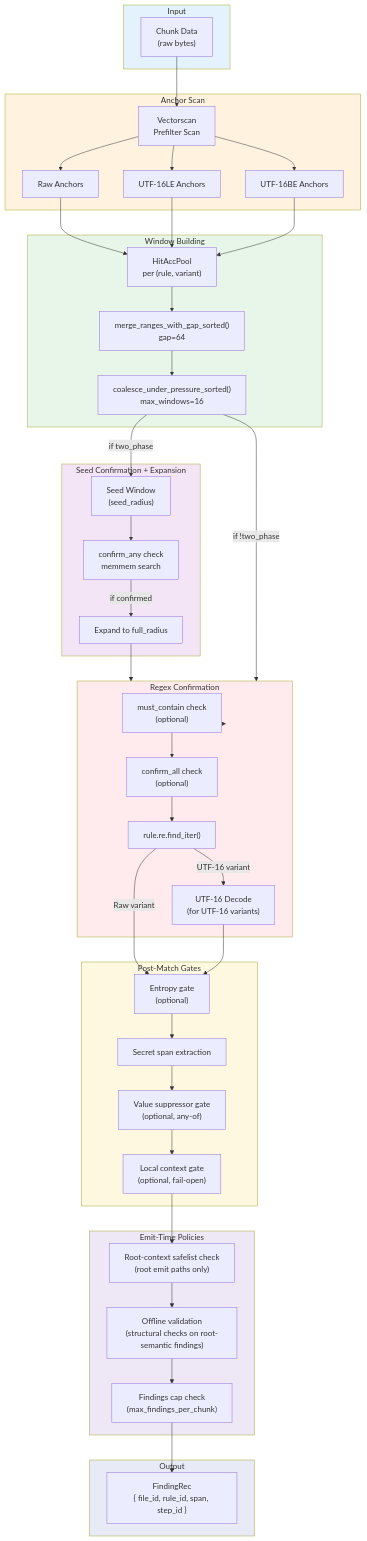
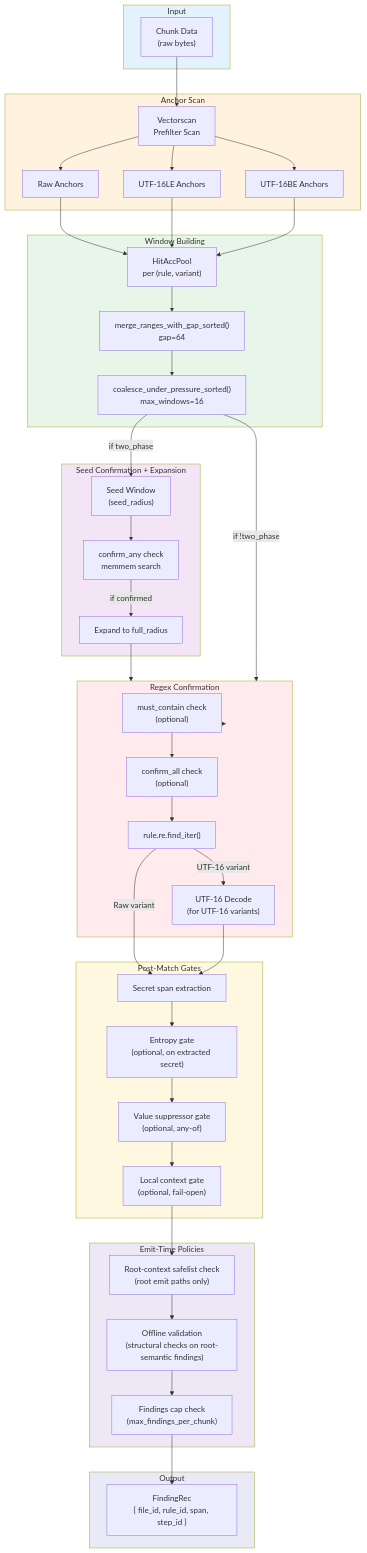
Before and after one commit to ahrav/scratch-scanner-rs: the first of 4 diagrams in docs/detection-engine.md, drawn with Mermaid. The commit also changed 22 other files, not shown here.

```diff
--- a/docs/detection-engine.md
+++ b/docs/detection-engine.md
@@ -35,8 +35,8 @@
     end
 
     subgraph PostMatch["Post-Match Gates"]
-        Entropy["Entropy gate<br/>(optional)"]
         SecretExtract["Secret span extraction"]
+        Entropy["Entropy gate<br/>(optional, on extracted secret)"]
         ValueSuppressors["Value suppressor gate<br/>(optional, any-of)"]
         LocalCtx["Local context gate<br/>(optional, fail-open)"]
     end
@@ -73,12 +73,12 @@
     RegexConfirm --> MustContain
     MustContain --> ConfirmAll
     ConfirmAll --> Regex
-    Regex --> |"Raw variant"| Entropy
+    Regex --> |"Raw variant"| SecretExtract
     Regex --> |"UTF-16 variant"| UTF16Dec
-    UTF16Dec --> Entropy
+    UTF16Dec --> SecretExtract
 
-    Entropy --> SecretExtract
-    SecretExtract --> ValueSuppressors
+    SecretExtract --> Entropy
+    Entropy --> ValueSuppressors
     ValueSuppressors --> LocalCtx
     LocalCtx --> Safelist
     Safelist --> OfflineVal
```
